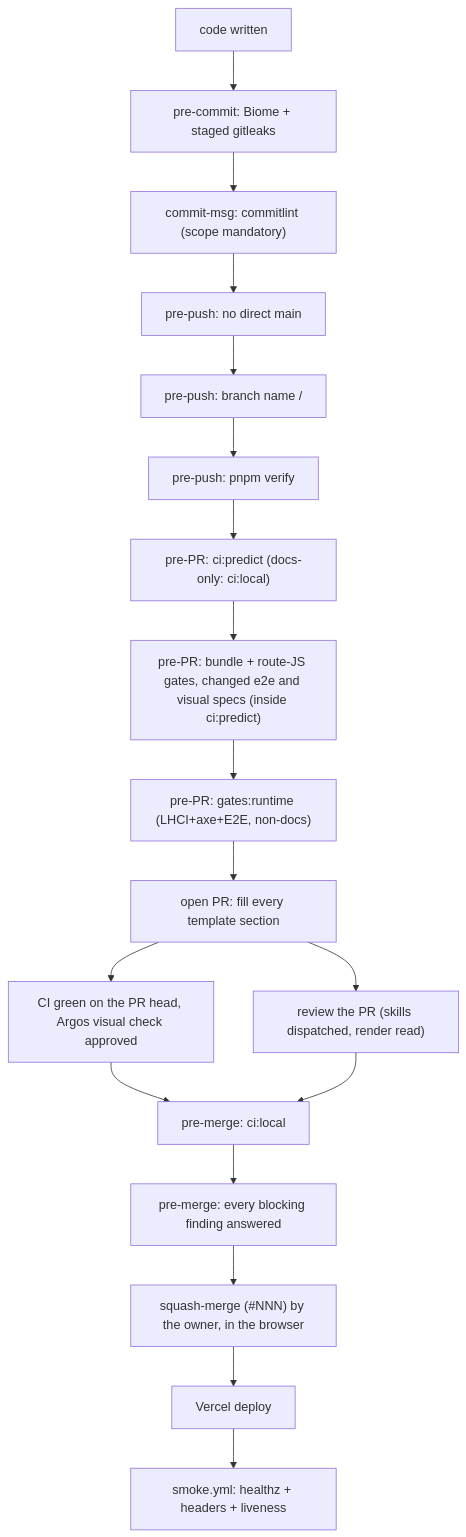
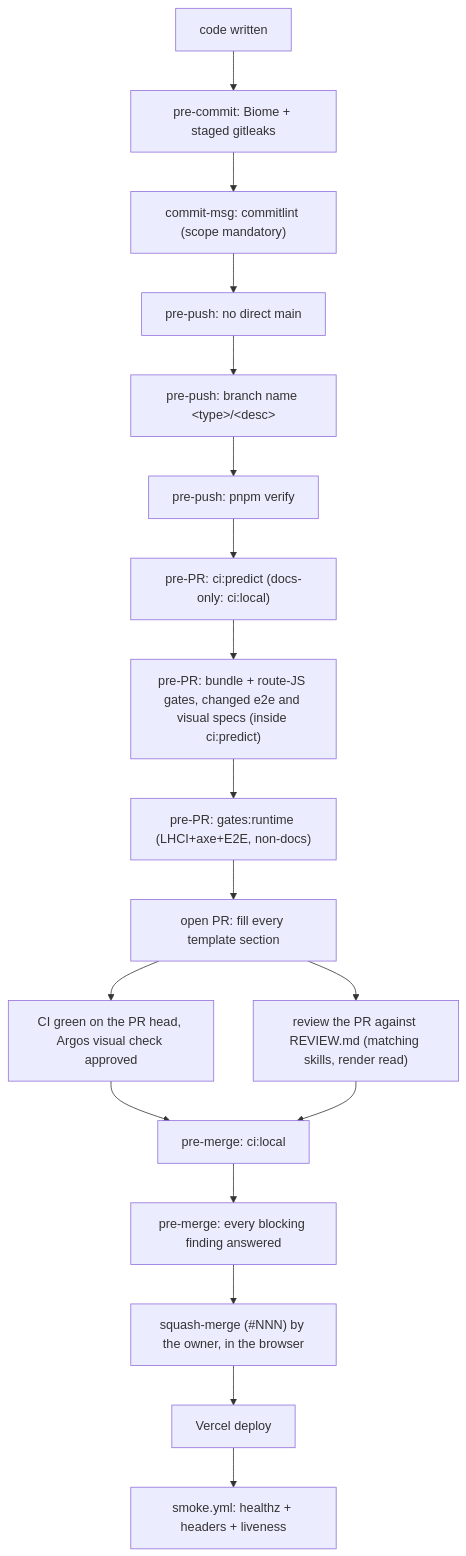
The first of 2 diagrams in docs/handbook/review-merge-release.md (erikunha/portfolio), drawn with Mermaid before and after one commit. The commit also changed other lines of this file and 507 other files, not shown here.

````diff
--- a/docs/handbook/review-merge-release.md
+++ b/docs/handbook/review-merge-release.md
@@ -7,20 +7,20 @@
 ```mermaid
 flowchart TD
     write["code written"] --> c1["pre-commit: Biome + staged gitleaks"]
     c1 --> c2["commit-msg: commitlint (scope mandatory)"]
     c2 --> p1["pre-push: no direct main"]
-    p1 --> p2["pre-push: branch name <type>/<desc>"]
+    p1 --> p2["pre-push: branch name #lt;type#gt;/#lt;desc#gt;"]
     p2 --> p5["pre-push: pnpm verify"]
     p5 --> r1["pre-PR: ci:predict (docs-only: ci:local)"]
     r1 --> r2["pre-PR: bundle + route-JS gates, changed e2e and visual specs (inside ci:predict)"]
     r2 --> r4["pre-PR: gates:runtime (LHCI+axe+E2E, non-docs)"]
     r4 --> o1["open PR: fill every template section"]
     o1 --> o1b["CI green on the PR head, Argos visual check approved"]
-    o1 --> o2["review the PR (skills dispatched, render read)"]
+    o1 --> o2["review the PR against REVIEW.md (matching skills, render read)"]
     o1b --> m1["pre-merge: ci:local"]
     o2 --> m1
     m1 --> m4["pre-merge: every blocking finding answered"]
     m4 --> merge["squash-merge (#NNN) by the owner, in the browser"]
     merge --> deploy["Vercel deploy"]
     deploy --> smoke["smoke.yml: healthz + headers + liveness"]
 ```
````
